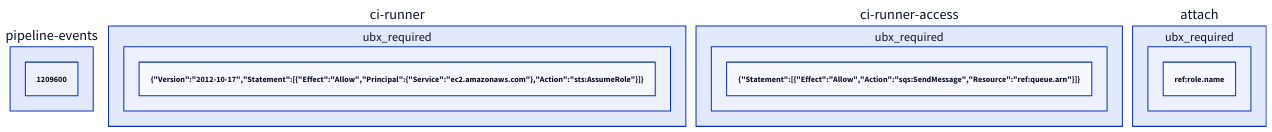
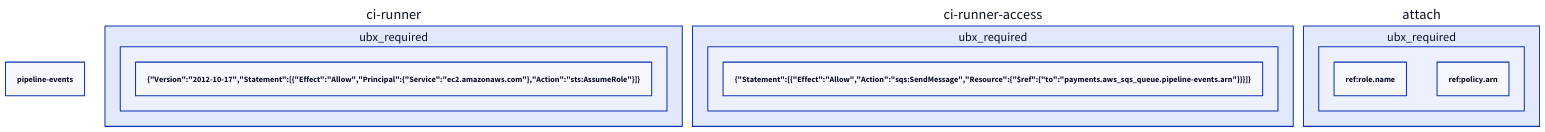
One commit to Ubiquex/ubiquex-docs changed the diagram in tutorial/aws/first-resource.mdx. Above: the diagram before and after it, drawn with D2. The commit also changed other lines of this file and 2 other files, not shown here.

````diff
--- a/tutorial/aws/first-resource.mdx
+++ b/tutorial/aws/first-resource.mdx
@@ -149,21 +209,21 @@
     ```d2
     queue: "pipeline-events" {
       class: aws_sqs_queue
-      message_retention_seconds: "1209600"
     }
 
     role: "ci-runner" {
       class: aws_iam_role
       ubx_required.assume_role_policy: "{\"Version\":\"2012-10-17\",\"Statement\":[{\"Effect\":\"Allow\",\"Principal\":{\"Service\":\"ec2.amazonaws.com\"},\"Action\":\"sts:AssumeRole\"}]}"
     }
 
     policy: "ci-runner-access" {
       class: aws_iam_policy
-      ubx_required.policy: "{\"Statement\":[{\"Effect\":\"Allow\",\"Action\":\"sqs:SendMessage\",\"Resource\":\"ref:queue.arn\"}]}"
+      ubx_required.policy: "{\"Statement\":[{\"Effect\":\"Allow\",\"Action\":\"sqs:SendMessage\",\"Resource\":{\"\$ref\":{\"to\":\"payments.aws_sqs_queue.pipeline-events.arn\"}}}]}"
     }
 
     attach: "attach" {
       class: aws_iam_role_policy_attachment
       ubx_required.role: "ref:role.name"
+      ubx_required.policy_arn: "ref:policy.arn"
     }
     ```
````
